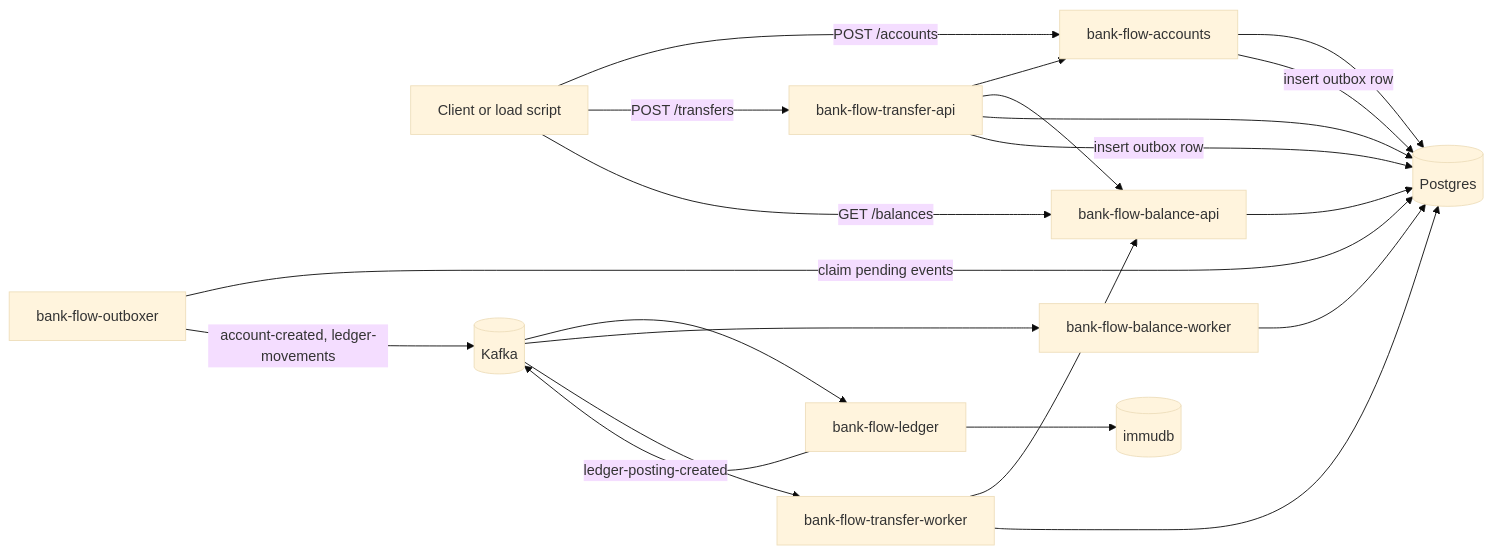
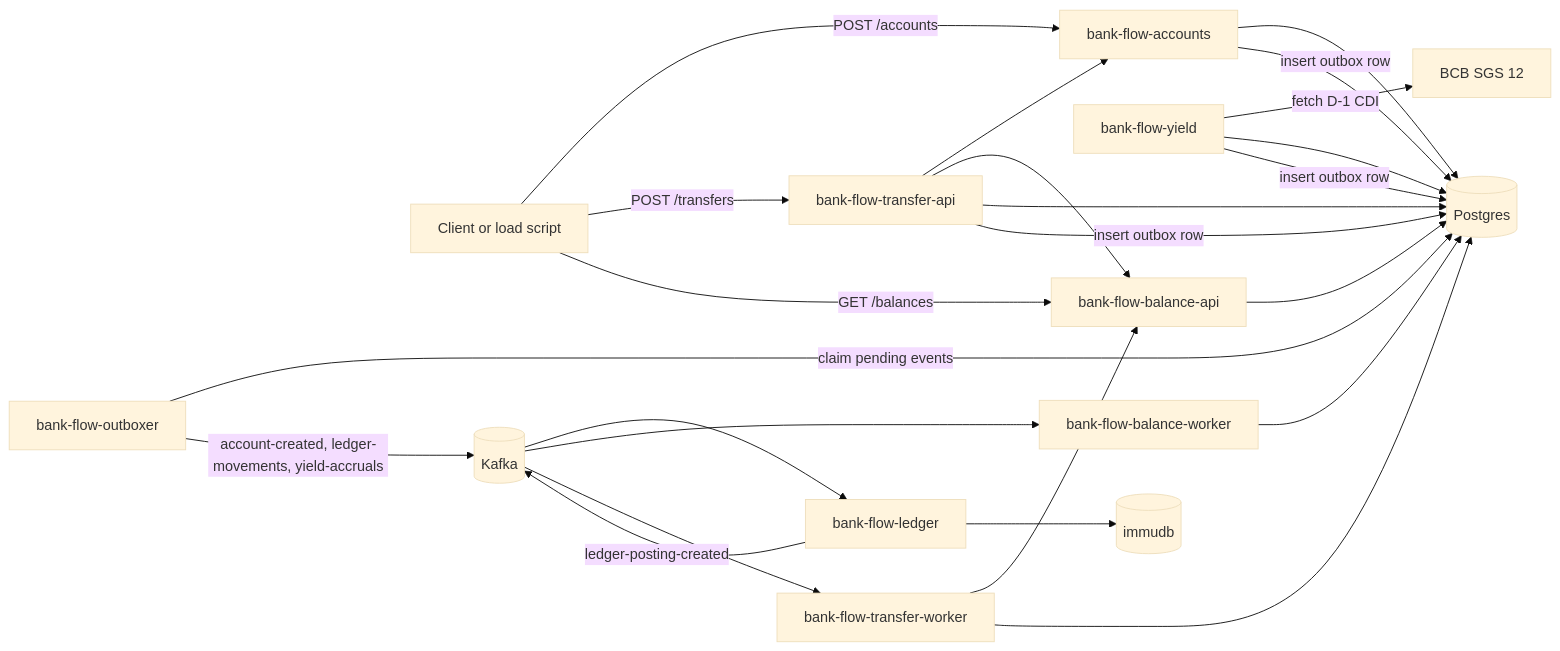
Before and after one commit to bayerleindev/bank-flow: the diagram in README.md, drawn with Mermaid (base theme). The commit also changed other lines of this file and 74 other files, not shown here.

````diff
--- a/README.md
+++ b/README.md
@@ -29,42 +30,47 @@
 ```mermaid
 flowchart LR
     client[Client or load script]
     accounts[bank-flow-accounts]
+    yield[bank-flow-yield]
     transferApi[bank-flow-transfer-api]
     transferWorker[bank-flow-transfer-worker]
     outboxer[bank-flow-outboxer]
     ledger[bank-flow-ledger]
     balanceApi[bank-flow-balance-api]
     balanceWorker[bank-flow-balance-worker]
 
     pg[(Postgres)]
     immudb[(immudb)]
     kafka[(Kafka)]
 
     client -->|POST /accounts| accounts
     accounts --> pg
     accounts -->|insert outbox row| pg
 
+    yield -->|fetch D-1 CDI| bcb[BCB SGS 12]
+    yield --> pg
+    yield -->|insert outbox row| pg
+
     client -->|POST /transfers| transferApi
     transferApi --> accounts
     transferApi --> balanceApi
     transferApi --> pg
     transferApi -->|insert outbox row| pg
 
     outboxer -->|claim pending events| pg
-    outboxer -->|account-created, ledger-movements| kafka
+    outboxer -->|account-created, ledger-movements, yield-accruals| kafka
 
     kafka --> ledger
     ledger --> immudb
     ledger -->|ledger-posting-created| kafka
 
     kafka --> balanceWorker
     balanceWorker --> pg
 
     kafka --> transferWorker
     transferWorker --> balanceApi
     transferWorker --> pg
 
     client -->|GET /balances| balanceApi
     balanceApi --> pg
 ```
````
